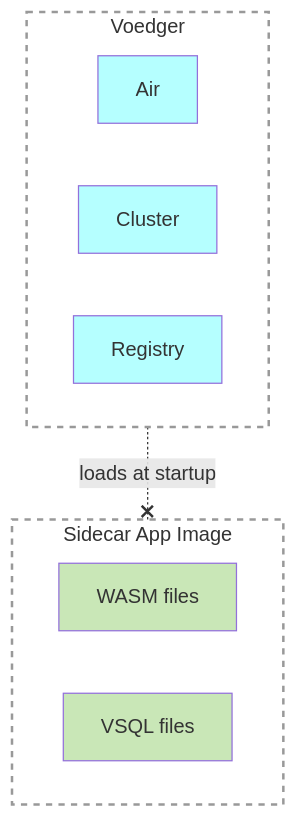
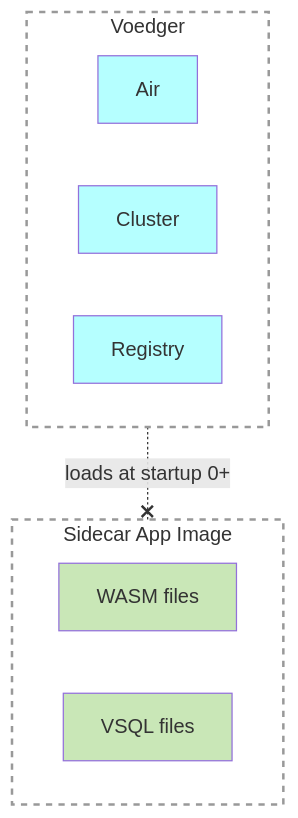
Before and after one commit to voedger/voedger-internals: the diagram in server/sidecarapps.md, drawn with Mermaid.

````diff
--- a/server/sidecarapps.md
+++ b/server/sidecarapps.md
@@ -4,22 +4,22 @@
 ```mermaid
 flowchart TD
 
     Voedger:::G
     subgraph Voedger
         Air:::S
         Cluster:::S
         Registry:::S        
     end
 
     SidecarAppImage:::G
     subgraph SidecarAppImage[Sidecar App Image]
         WASMFiles[WASM files]:::H
         VSQLFiles[VSQL files]:::H
     end
-    Voedger -.-x |loads at startup| SidecarAppImage
+    Voedger -.-x |loads at startup 0+| SidecarAppImage
     
     classDef B fill:#FFFFB5,color:#333
     classDef S fill:#B5FFFF,color:#333
     classDef H fill:#C9E7B7,color:#333
     classDef G fill:#ffffff15, stroke:#999, stroke-width:2px, stroke-dasharray: 5 5
 ```
````
